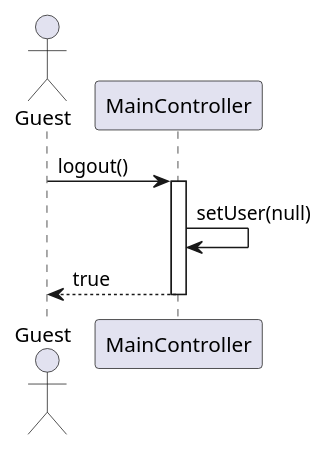
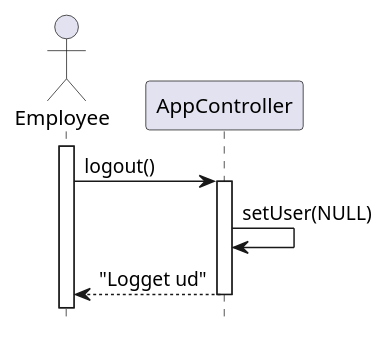
One commit to rwiuff/02161ExamProject changed the diagram in RequirementsAndDesign/SequenceDiagrams/Deprecated/seq_logout.puml. Above: the diagram before and after it, drawn with PlantUML. The commit also changed 26 other files, not shown here.

Commit message:
wip: Sequence diagrams

```diff
--- a/RequirementsAndDesign/SequenceDiagrams/Deprecated/seq_logout.puml
+++ b/RequirementsAndDesign/SequenceDiagrams/Deprecated/seq_logout.puml
@@ -1,12 +1,12 @@
-@startuml
-actor "Guest" as guest
-participant "MainController" as app
+@startuml Logout
+hide footbox
+actor "Employee" as em
+participant "AppController" as app
 
-guest -> app : logout()
+activate em
+em -> app : logout()
 activate app
-
-app -> app : setUser(null)
-
-return true
-
+app -> app : setUser(NULL)
+app --> em : "Logget ud"
+deactivate app
 @enduml
```
